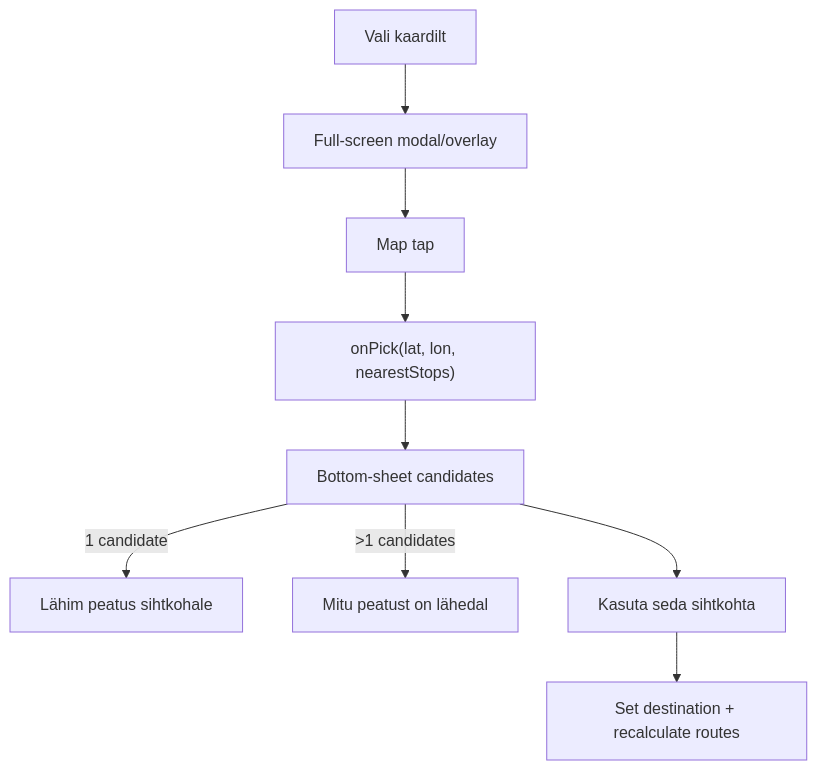
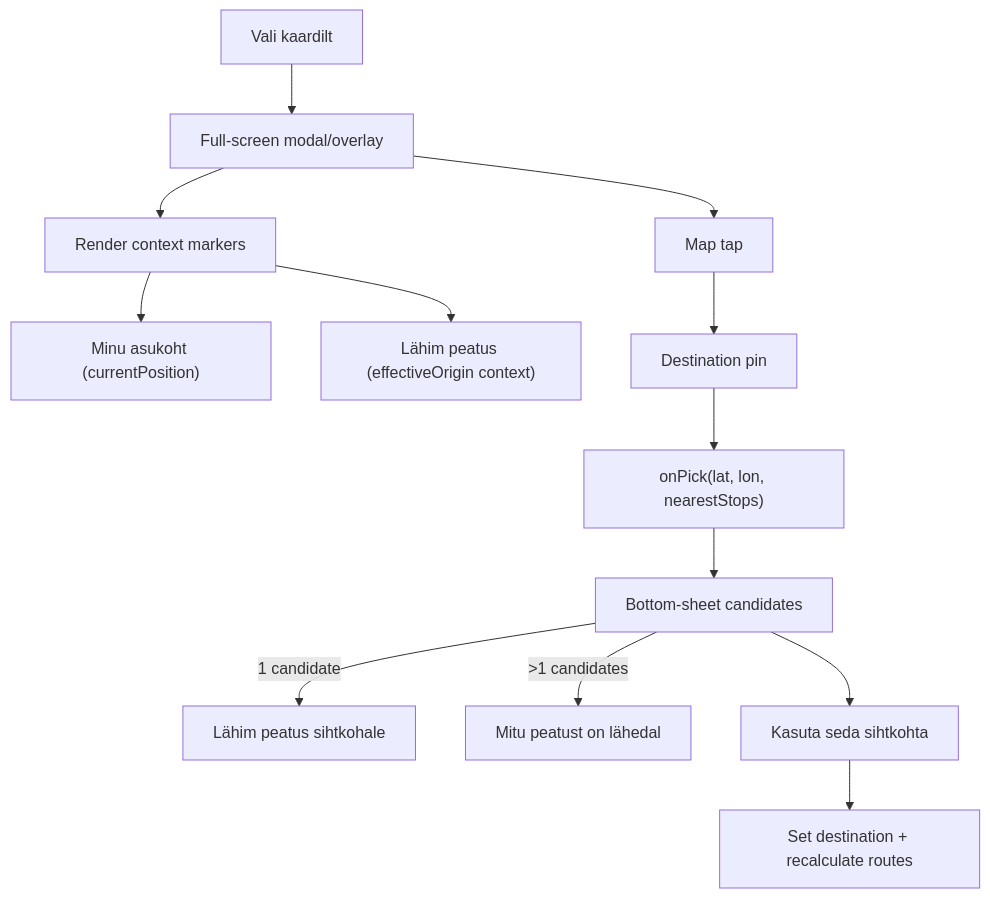
Before and after one commit to Fuuduuu/AnniVibez: the sixth of 8 diagrams in docs/MERMAID_DIAGRAMS.md, drawn with Mermaid. The commit also changed other lines of this file and 4 other files, not shown here.

Commit message:
docs: lock map context and line goals

````diff
--- a/docs/MERMAID_DIAGRAMS.md
+++ b/docs/MERMAID_DIAGRAMS.md
@@ -163,11 +163,15 @@
 ```mermaid
 flowchart TD
     A["Vali kaardilt"] --> B["Full-screen modal/overlay"]
-    B --> C["Map tap"]
-    C --> D["onPick(lat, lon, nearestStops)"]
-    D --> E["Bottom-sheet candidates"]
-    E -->|1 candidate| F["Lähim peatus sihtkohale"]
-    E -->|>1 candidates| G["Mitu peatust on lähedal"]
-    E --> H["Kasuta seda sihtkohta"]
-    H --> I["Set destination + recalculate routes"]
+    B --> C["Render context markers"]
+    C --> C1["Minu asukoht (currentPosition)"]
+    C --> C2["Lähim peatus (effectiveOrigin context)"]
+    B --> D["Map tap"]
+    D --> E["Destination pin"]
+    E --> F["onPick(lat, lon, nearestStops)"]
+    F --> G["Bottom-sheet candidates"]
+    G -->|1 candidate| H["Lähim peatus sihtkohale"]
+    G -->|>1 candidates| I["Mitu peatust on lähedal"]
+    G --> J["Kasuta seda sihtkohta"]
+    J --> K["Set destination + recalculate routes"]
 ```
````
